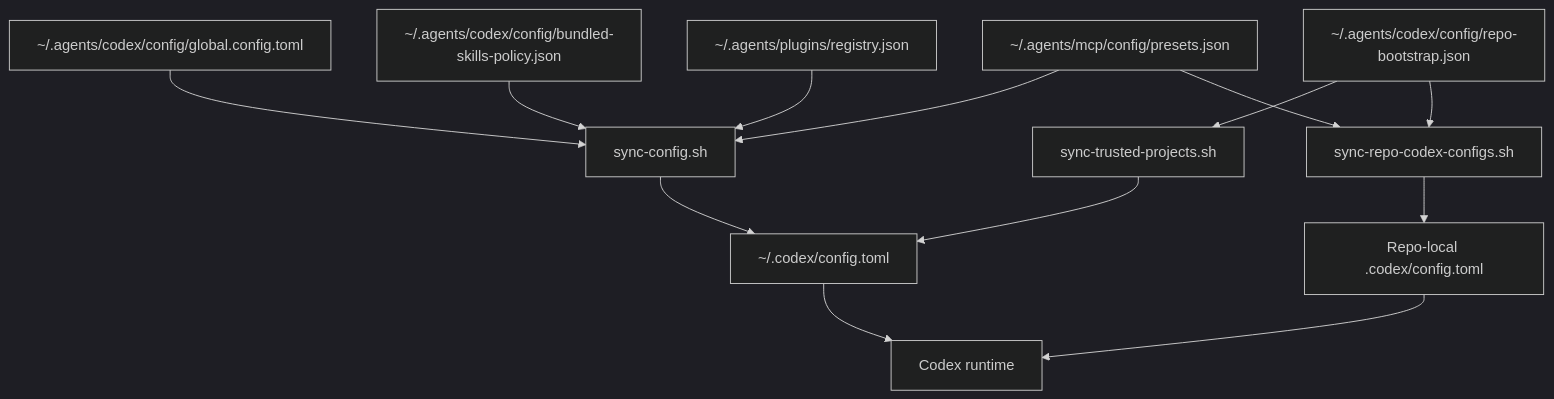
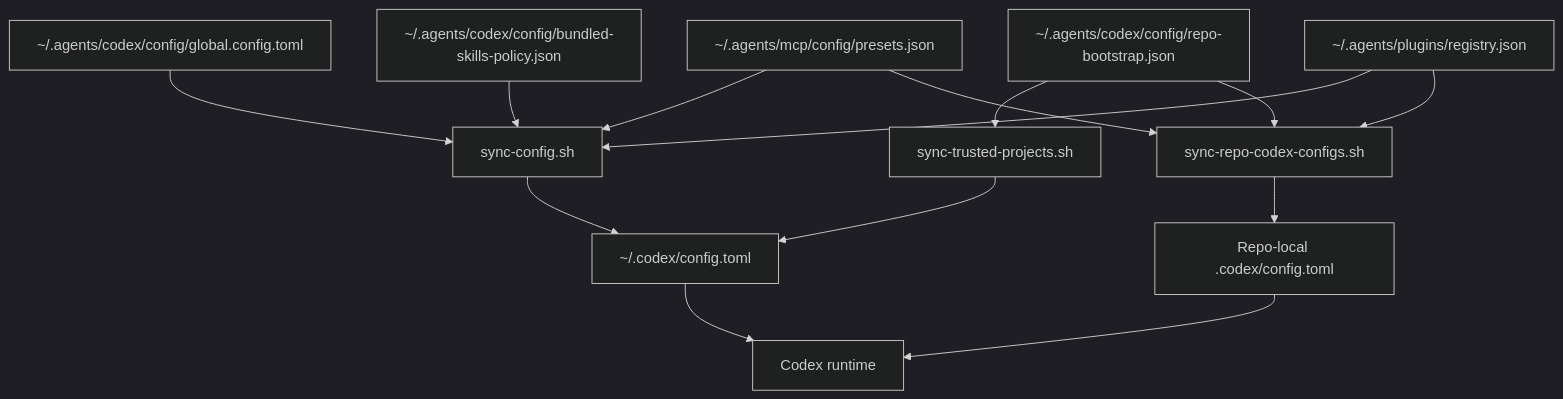
One commit to wisdom-in-a-nutshell/.agents changed the diagram in docs/architecture/codex-config-layers.md. Above: the diagram before and after it, drawn with Mermaid (dark theme). The commit also changed other lines of this file and 45 other files, not shown here.

````diff
--- a/docs/architecture/codex-config-layers.md
+++ b/docs/architecture/codex-config-layers.md
@@ -9,27 +9,28 @@
 ```mermaid
 flowchart TD
     A[~/.agents/codex/config/global.config.toml]
     C[~/.agents/codex/config/repo-bootstrap.json]
     D[~/.agents/mcp/config/presets.json]
     P[~/.agents/plugins/registry.json]
     L[~/.agents/codex/config/bundled-skills-policy.json]
     E[sync-trusted-projects.sh]
     F[sync-repo-codex-configs.sh]
     K[sync-config.sh]
     G[~/.codex/config.toml]
     I[Repo-local .codex/config.toml]
     J[Codex runtime]
 
     A --> K
     L --> K
     C --> E
     C --> F
     D --> K
     D --> F
     P --> K
+    P --> F
     K --> G
     E --> G
     F --> I
     G --> J
     I --> J
 ```
````
